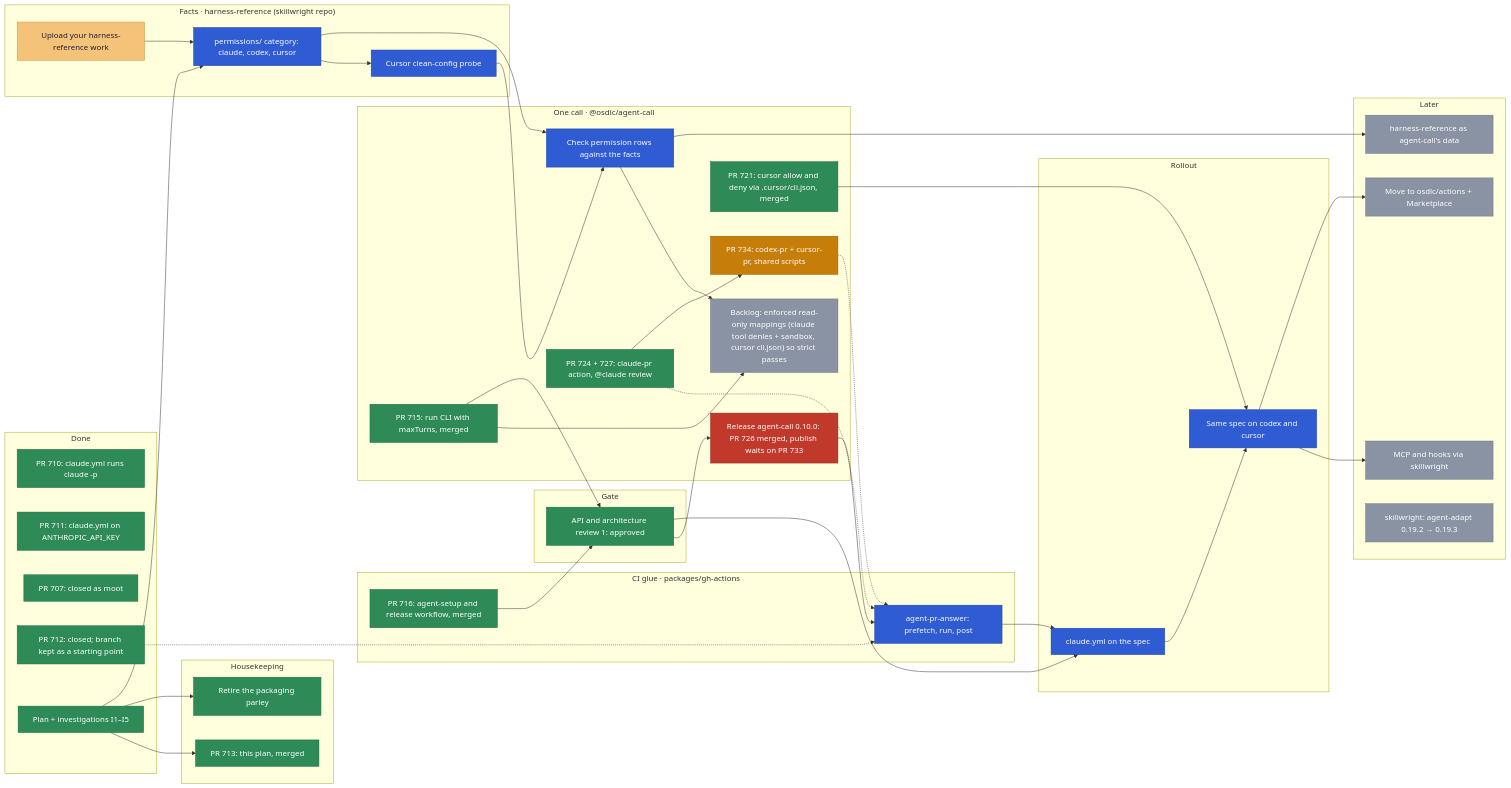
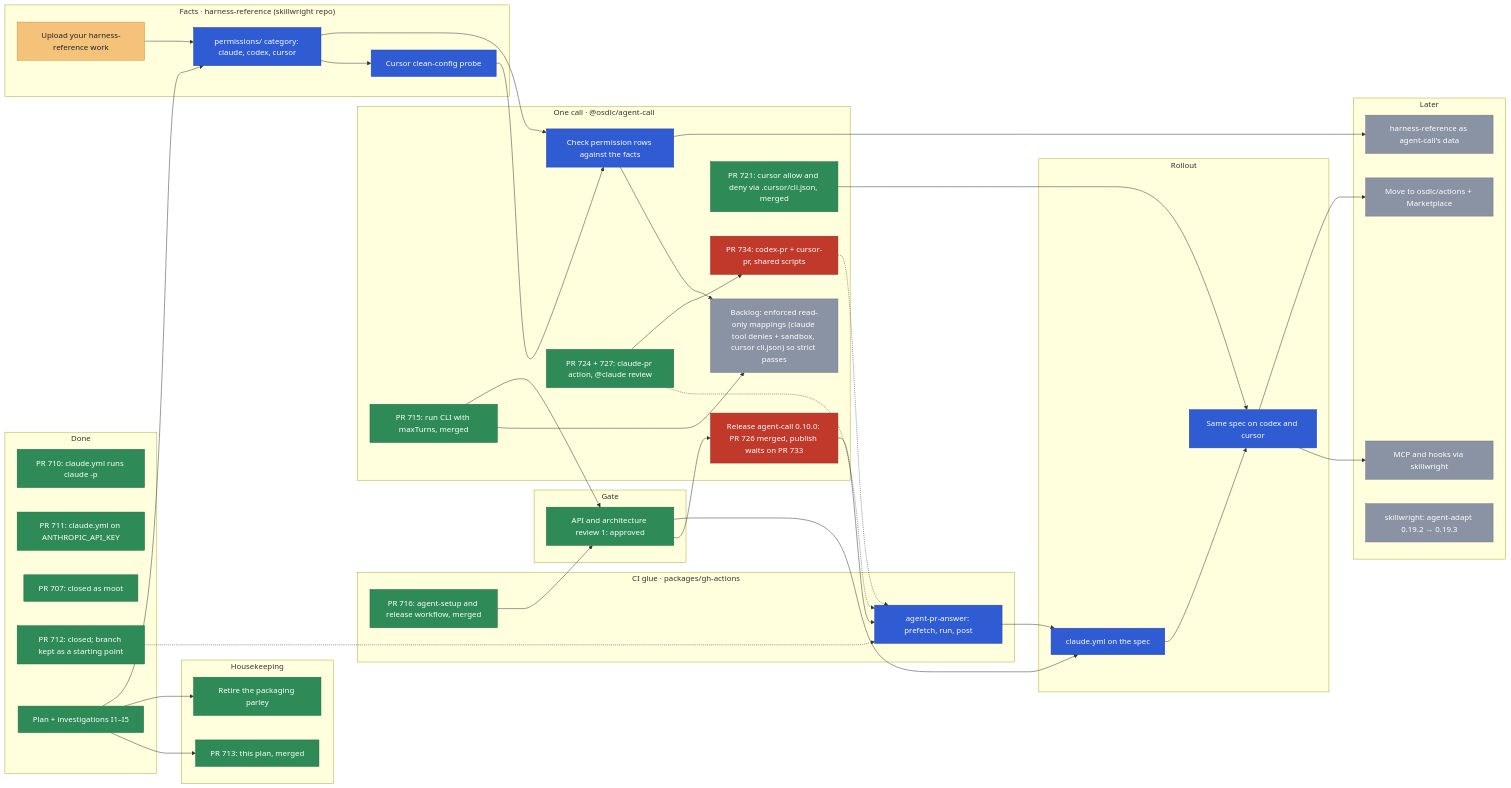
One commit to osdlc/osdlc changed the diagram in docs/planning/agent-ci.md. Above: the diagram before and after it, drawn with Mermaid. The commit also changed other lines of this file, not shown here.

```diff
--- a/docs/planning/agent-ci.md
+++ b/docs/planning/agent-ci.md
@@ -119,7 +119,7 @@
   class UP yours
   class SETUP done
   class REV done
-  class HPR active
+  class HPR blocked
   class PERM,PROBE,CHECK,ANS,SPEC,MULTI next
   class REL blocked
   class CUR done
```
